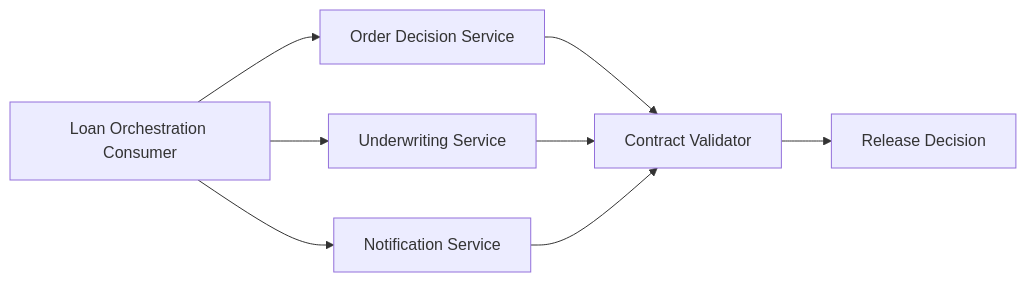
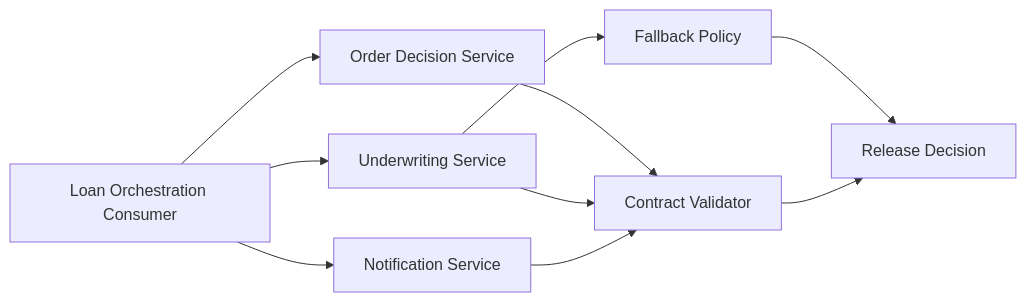
The diagram in README.md (acbharath14/microservices-contract-and-integration-testing), drawn with Mermaid before and after one commit. The commit also changed other lines of this file and 4 other files, not shown here.

Commit message:
feat: add timeout fallback and release decision flow

````diff
--- a/README.md
+++ b/README.md
@@ -11,10 +12,12 @@
 ```mermaid
 flowchart LR
 	Consumer[Loan Orchestration Consumer] --> Order[Order Decision Service]
 	Consumer --> Underwriting[Underwriting Service]
 	Consumer --> Notification[Notification Service]
 	Order --> Validator[Contract Validator]
 	Underwriting --> Validator
 	Notification --> Validator
-	Validator --> Result[Release Decision]
+	Underwriting --> Fallback[Fallback Policy]
+	Fallback --> Result[Release Decision]
+	Validator --> Result
 ```
````
